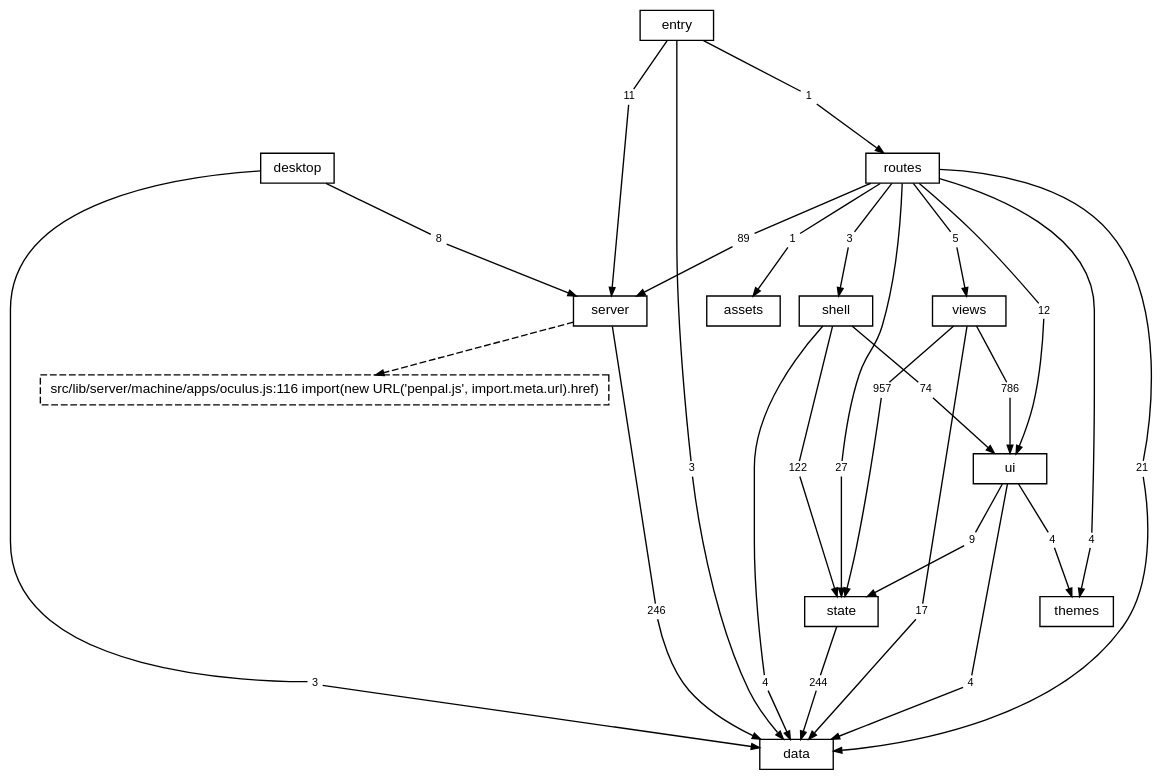
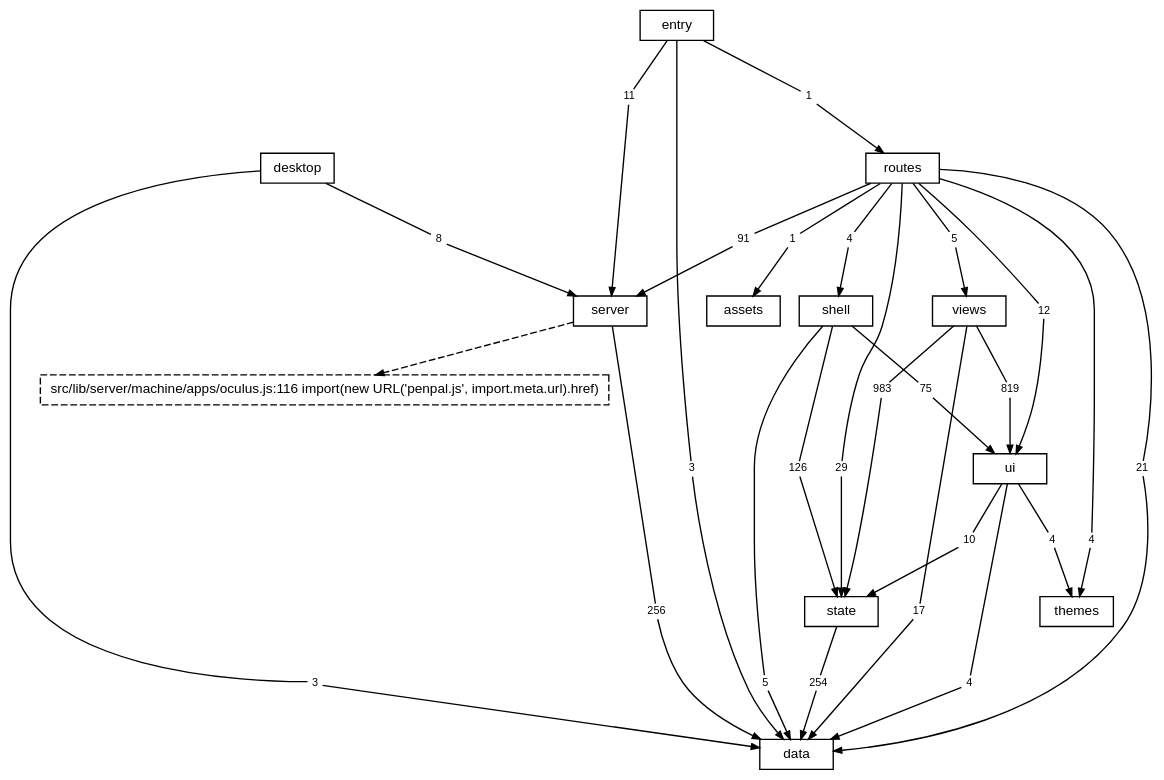
Before and after one commit to TheAxeC/oculus: the diagram in docs/diagrams/layers.dot, drawn with Graphviz. The commit also changed 202 other files, not shown here.

```diff
--- a/docs/diagrams/layers.dot
+++ b/docs/diagrams/layers.dot
@@ -1,90 +1,90 @@
 digraph layers {
     graph [bgcolor="transparent", rankdir=TB, newrank=true, fontname="Helvetica,Arial,sans-serif", fontsize=12, nodesep=0.2, ranksep=0.5];
     node [shape=box, color="black", fontcolor="black", fontname="Helvetica,Arial,sans-serif", fontsize=10, height=0.3, margin="0.12,0.04"];
     edge [color="black", fontcolor="black", fontname="Helvetica,Arial,sans-serif", fontsize=8, arrowsize=0.6];
     "data";
     "server";
     "state";
     "ui";
     "shell";
     "views";
     "themes";
     "routes";
     "desktop";
     "src" [label="entry"];
     "files: assets" [label="assets"];
     "? src/lib/server/machine/apps/oculus.js:116" [label="src/lib/server/machine/apps/oculus.js:116 import(new URL('penpal.js', import.meta.url).href)", style=dashed];
     "desktop to data" [label="3", shape=box, color="transparent", fontsize=8, width=0, height=0, margin="0.04,0.02"];
     "desktop" -> "desktop to data" [arrowhead=none];
     "desktop to data" -> "data" [];
     "desktop to server" [label="8", shape=box, color="transparent", fontsize=8, width=0, height=0, margin="0.04,0.02"];
     "desktop" -> "desktop to server" [arrowhead=none];
     "desktop to server" -> "server" [];
     "routes to data" [label="21", shape=box, color="transparent", fontsize=8, width=0, height=0, margin="0.04,0.02"];
     "routes" -> "routes to data" [arrowhead=none];
     "routes to data" -> "data" [];
     "routes to files: assets" [label="1", shape=box, color="transparent", fontsize=8, width=0, height=0, margin="0.04,0.02"];
     "routes" -> "routes to files: assets" [arrowhead=none];
     "routes to files: assets" -> "files: assets" [];
-    "routes to server" [label="89", shape=box, color="transparent", fontsize=8, width=0, height=0, margin="0.04,0.02"];
+    "routes to server" [label="91", shape=box, color="transparent", fontsize=8, width=0, height=0, margin="0.04,0.02"];
     "routes" -> "routes to server" [arrowhead=none];
     "routes to server" -> "server" [];
-    "routes to shell" [label="3", shape=box, color="transparent", fontsize=8, width=0, height=0, margin="0.04,0.02"];
+    "routes to shell" [label="4", shape=box, color="transparent", fontsize=8, width=0, height=0, margin="0.04,0.02"];
     "routes" -> "routes to shell" [arrowhead=none];
     "routes to shell" -> "shell" [];
-    "routes to state" [label="27", shape=box, color="transparent", fontsize=8, width=0, height=0, margin="0.04,0.02"];
+    "routes to state" [label="29", shape=box, color="transparent", fontsize=8, width=0, height=0, margin="0.04,0.02"];
     "routes" -> "routes to state" [arrowhead=none];
     "routes to state" -> "state" [];
     "routes to themes" [label="4", shape=box, color="transparent", fontsize=8, width=0, height=0, margin="0.04,0.02"];
     "routes" -> "routes to themes" [arrowhead=none];
     "routes to themes" -> "themes" [];
     "routes to ui" [label="12", shape=box, color="transparent", fontsize=8, width=0, height=0, margin="0.04,0.02"];
     "routes" -> "routes to ui" [arrowhead=none];
     "routes to ui" -> "ui" [];
     "routes to views" [label="5", shape=box, color="transparent", fontsize=8, width=0, height=0, margin="0.04,0.02"];
     "routes" -> "routes to views" [arrowhead=none];
     "routes to views" -> "views" [];
-    "server to data" [label="246", shape=box, color="transparent", fontsize=8, width=0, height=0, margin="0.04,0.02"];
+    "server to data" [label="256", shape=box, color="transparent", fontsize=8, width=0, height=0, margin="0.04,0.02"];
     "server" -> "server to data" [arrowhead=none];
     "server to data" -> "data" [];
-    "shell to data" [label="4", shape=box, color="transparent", fontsize=8, width=0, height=0, margin="0.04,0.02"];
+    "shell to data" [label="5", shape=box, color="transparent", fontsize=8, width=0, height=0, margin="0.04,0.02"];
     "shell" -> "shell to data" [arrowhead=none];
     "shell to data" -> "data" [];
-    "shell to state" [label="122", shape=box, color="transparent", fontsize=8, width=0, height=0, margin="0.04,0.02"];
+    "shell to state" [label="126", shape=box, color="transparent", fontsize=8, width=0, height=0, margin="0.04,0.02"];
     "shell" -> "shell to state" [arrowhead=none];
     "shell to state" -> "state" [];
-    "shell to ui" [label="74", shape=box, color="transparent", fontsize=8, width=0, height=0, margin="0.04,0.02"];
+    "shell to ui" [label="75", shape=box, color="transparent", fontsize=8, width=0, height=0, margin="0.04,0.02"];
     "shell" -> "shell to ui" [arrowhead=none];
     "shell to ui" -> "ui" [];
     "src to data" [label="3", shape=box, color="transparent", fontsize=8, width=0, height=0, margin="0.04,0.02"];
     "src" -> "src to data" [arrowhead=none];
     "src to data" -> "data" [];
     "src to routes" [label="1", shape=box, color="transparent", fontsize=8, width=0, height=0, margin="0.04,0.02"];
     "src" -> "src to routes" [arrowhead=none];
     "src to routes" -> "routes" [];
     "src to server" [label="11", shape=box, color="transparent", fontsize=8, width=0, height=0, margin="0.04,0.02"];
     "src" -> "src to server" [arrowhead=none];
     "src to server" -> "server" [];
-    "state to data" [label="244", shape=box, color="transparent", fontsize=8, width=0, height=0, margin="0.04,0.02"];
+    "state to data" [label="254", shape=box, color="transparent", fontsize=8, width=0, height=0, margin="0.04,0.02"];
     "state" -> "state to data" [arrowhead=none];
     "state to data" -> "data" [];
     "ui to data" [label="4", shape=box, color="transparent", fontsize=8, width=0, height=0, margin="0.04,0.02"];
     "ui" -> "ui to data" [arrowhead=none];
     "ui to data" -> "data" [];
-    "ui to state" [label="9", shape=box, color="transparent", fontsize=8, width=0, height=0, margin="0.04,0.02"];
+    "ui to state" [label="10", shape=box, color="transparent", fontsize=8, width=0, height=0, margin="0.04,0.02"];
     "ui" -> "ui to state" [arrowhead=none];
     "ui to state" -> "state" [];
     "ui to themes" [label="4", shape=box, color="transparent", fontsize=8, width=0, height=0, margin="0.04,0.02"];
     "ui" -> "ui to themes" [arrowhead=none];
     "ui to themes" -> "themes" [];
     "views to data" [label="17", shape=box, color="transparent", fontsize=8, width=0, height=0, margin="0.04,0.02"];
     "views" -> "views to data" [arrowhead=none];
     "views to data" -> "data" [];
-    "views to state" [label="957", shape=box, color="transparent", fontsize=8, width=0, height=0, margin="0.04,0.02"];
+    "views to state" [label="983", shape=box, color="transparent", fontsize=8, width=0, height=0, margin="0.04,0.02"];
     "views" -> "views to state" [arrowhead=none];
     "views to state" -> "state" [];
-    "views to ui" [label="786", shape=box, color="transparent", fontsize=8, width=0, height=0, margin="0.04,0.02"];
+    "views to ui" [label="819", shape=box, color="transparent", fontsize=8, width=0, height=0, margin="0.04,0.02"];
     "views" -> "views to ui" [arrowhead=none];
     "views to ui" -> "ui" [];
     "server" -> "? src/lib/server/machine/apps/oculus.js:116" [style=dashed];
 }
```
